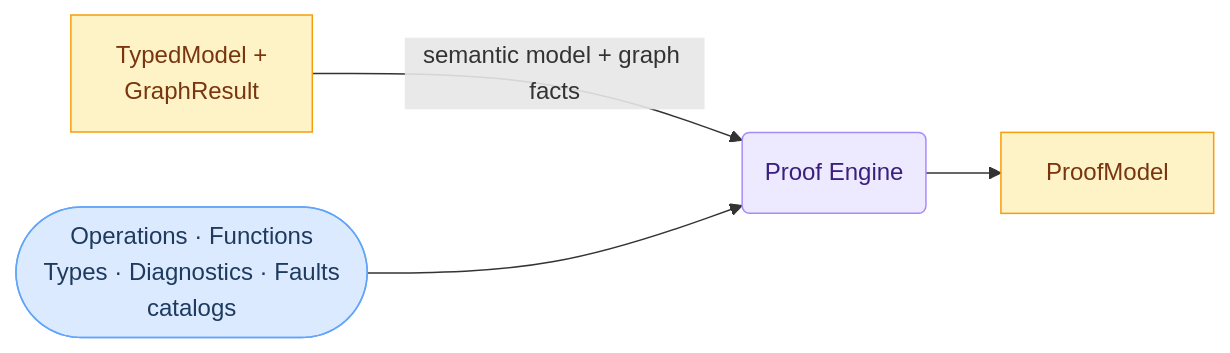
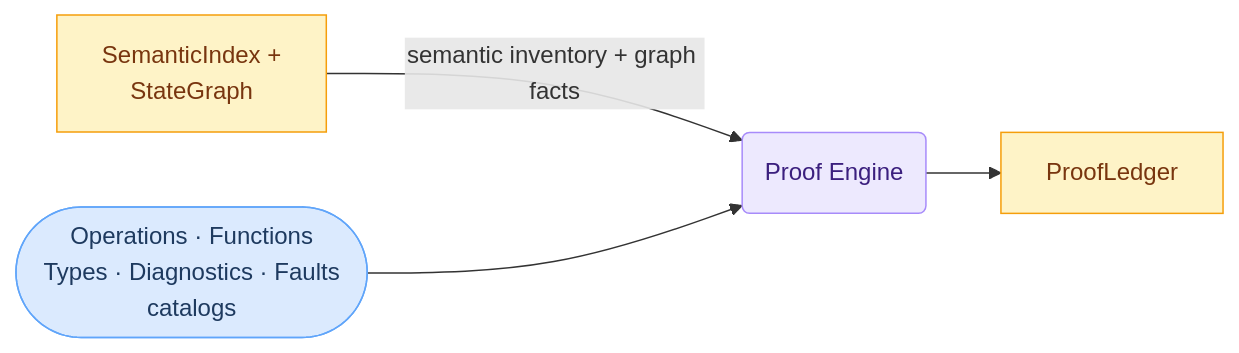
Before and after one commit to sfalik/Precept: the sixth of 9 diagrams in docs/compiler-and-runtime-design.md, drawn with Mermaid. The commit also changed other lines of this file, not shown here.

````diff
--- a/docs/compiler-and-runtime-design.md
+++ b/docs/compiler-and-runtime-design.md
@@ -528,15 +536,15 @@
 ```mermaid
 flowchart LR
     classDef input fill:#dbeafe,stroke:#60a5fa,color:#1e3a5f
     classDef stage fill:#ede9fe,stroke:#a78bfa,color:#3b1f7e
     classDef artifact fill:#fef3c7,stroke:#f59e0b,color:#78350f
 
-    TM["TypedModel +<br/>GraphResult"]:::artifact
+    TM["SemanticIndex +<br/>StateGraph"]:::artifact
     CAT(["Operations · Functions<br/>Types · Diagnostics · Faults<br/>catalogs"]):::input
     PE(Proof Engine):::stage
-    OUT[ProofModel]:::artifact
+    OUT[ProofLedger]:::artifact
 
-    TM -->|"semantic model + graph facts"| PE
+    TM -->|"semantic inventory + graph facts"| PE
     CAT --> PE
     PE --> OUT
 ```
````
